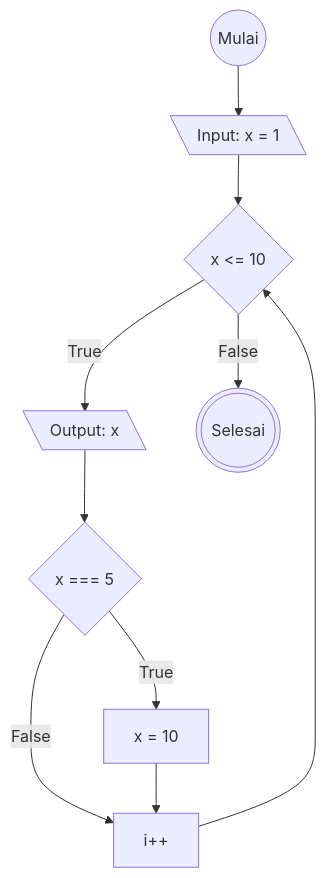
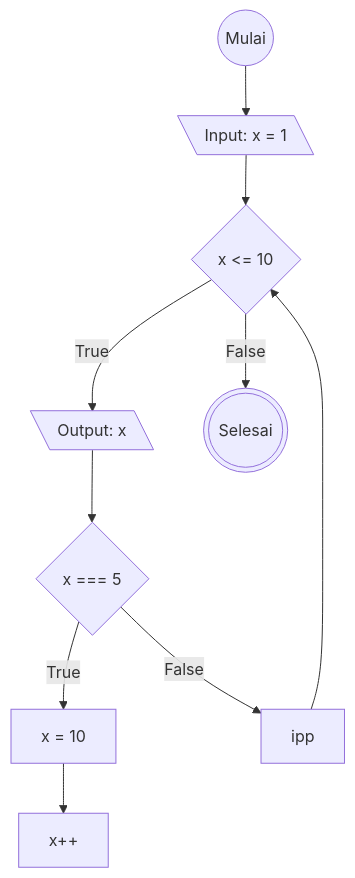
The first of 2 diagrams in flowchart-loop.md (rezafauzan/koda-b6-javascript1), drawn with Mermaid before and after one commit. The commit also changed other lines of this file, not shown here.

Commit message:
add flowchart do-while loop from code given

````diff
--- a/flowchart-loop.md
+++ b/flowchart-loop.md
@@ -4,16 +4,16 @@
 ```mermaid
 flowchart TD
 
 start@{"shape": circle, "label": "Mulai"}
 init@{"shape": lean-l, "label": "Input: x = 1"}
 isxLtTen@{"shape": diamond, "label": "x <= 10"}
 isxLtTenTrue@{"shape": lean-l, "label": "Output: x"}
 isxEqFive@{"shape": diamond, "label": "x === 5"}
 isxEqFiveTrue@{"shape": rectangle, "label": "x = 10"}
-ipp@{"shape": rectangle, "label": "i++"}
+xpp@{"shape": rectangle, "label": "x++"}
 stop@{"shape": dbl-circ, "label": "Selesai"}
 
 start-->init-->isxLtTen--True-->isxLtTenTrue-->isxEqFive--False-->ipp-->isxLtTen
-isxEqFive--True-->isxEqFiveTrue-->ipp
+isxEqFive--True-->isxEqFiveTrue-->xpp
 isxLtTen--False-->stop
 ```
````
